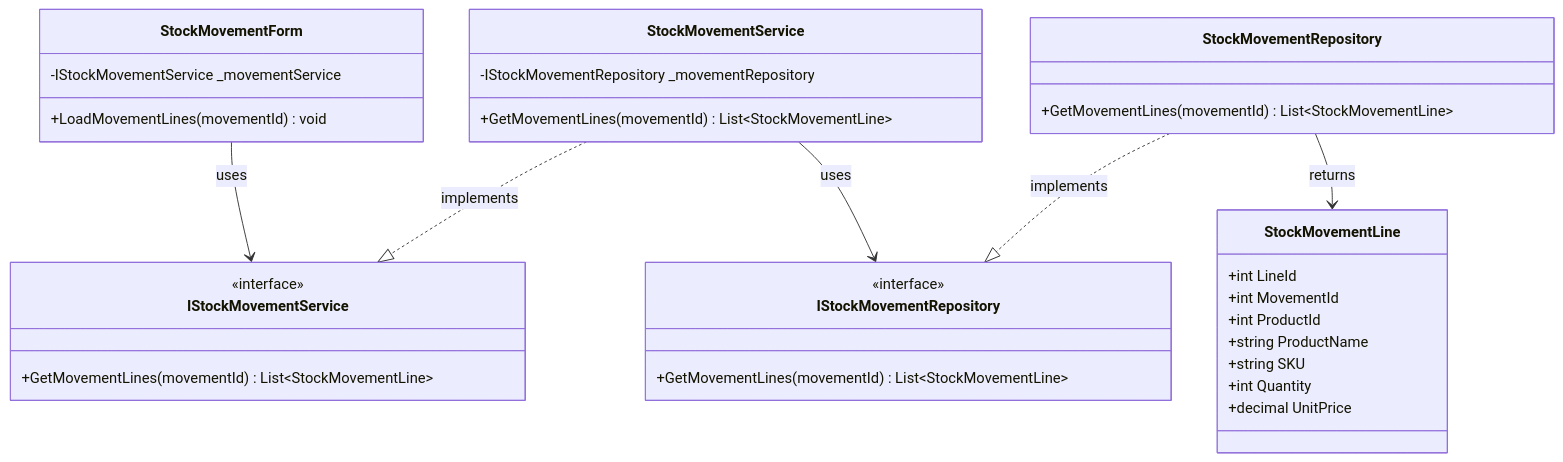
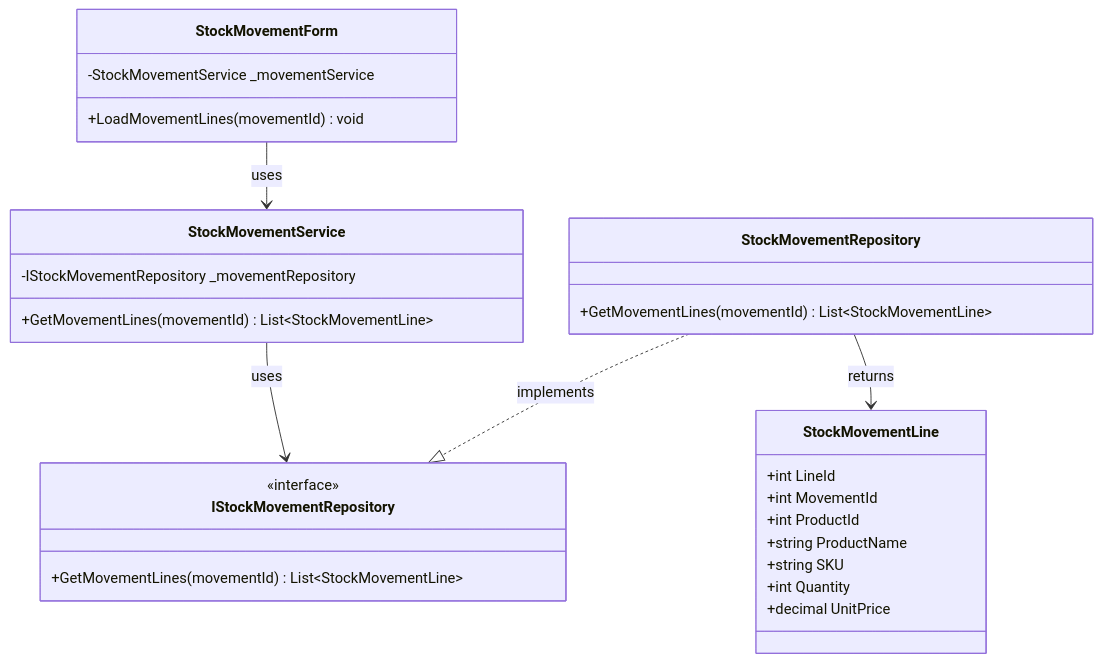
The seventh of 16 diagrams in Documentation/UML_Diagrams/14_Movements_UseCases.md (nahuk86/tp_diploma_nk_2026), drawn with Mermaid before and after one commit. The commit also changed other lines of this file and 5 other files, not shown here.

First line of the commit message:
Fix UML documentation: remove non-existent BLL service interfaces

````diff
--- a/Documentation/UML_Diagrams/14_Movements_UseCases.md
+++ b/Documentation/UML_Diagrams/14_Movements_UseCases.md
@@ -320,42 +298,37 @@
 ```mermaid
 classDiagram
     class StockMovementForm {
-        -IStockMovementService _movementService
+        -StockMovementService _movementService
         +LoadMovementLines(movementId) void
     }
 
-    class IStockMovementService {
-        <<interface>>
-        +GetMovementLines(movementId) List~StockMovementLine~
-    }
 
     class StockMovementService {
         -IStockMovementRepository _movementRepository
         +GetMovementLines(movementId) List~StockMovementLine~
     }
 
     class IStockMovementRepository {
         <<interface>>
         +GetMovementLines(movementId) List~StockMovementLine~
     }
 
     class StockMovementRepository {
         +GetMovementLines(movementId) List~StockMovementLine~
     }
 
     class StockMovementLine {
         +int LineId
         +int MovementId
         +int ProductId
         +string ProductName
         +string SKU
         +int Quantity
         +decimal UnitPrice
     }
 
-    StockMovementForm --> IStockMovementService : uses
-    StockMovementService ..|> IStockMovementService : implements
+    StockMovementForm --> StockMovementService : uses
     StockMovementService --> IStockMovementRepository : uses
     StockMovementRepository ..|> IStockMovementRepository : implements
     StockMovementRepository --> StockMovementLine : returns
 ```
````
